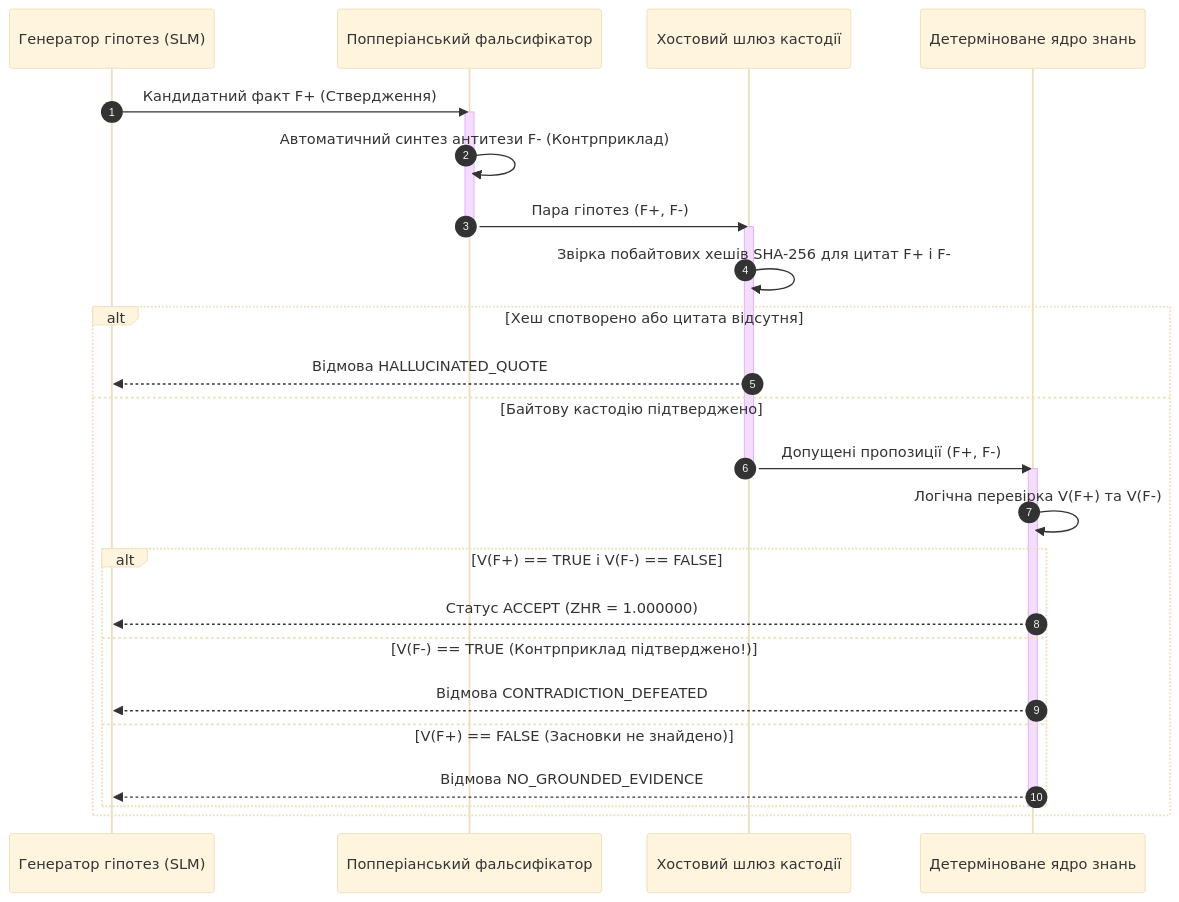
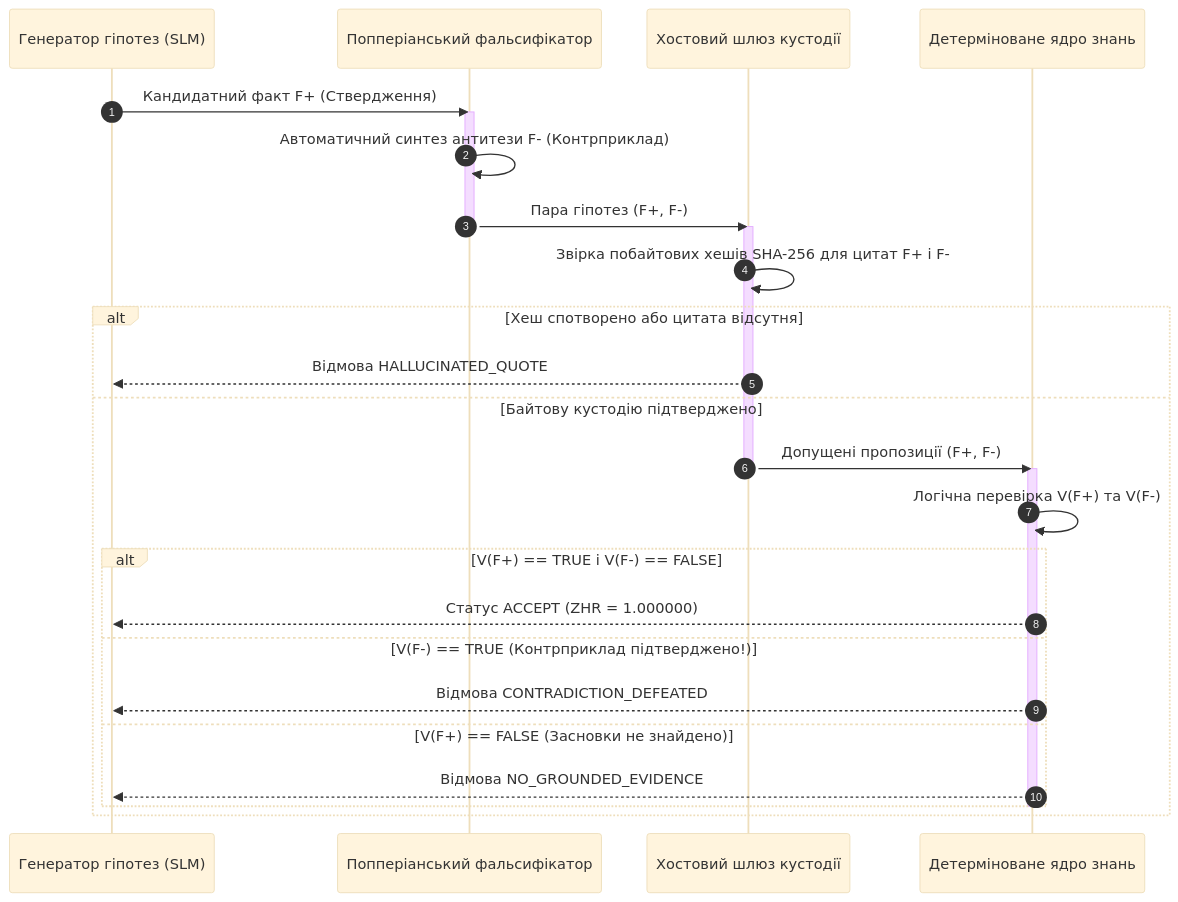
One commit to nick-fedchik/articles changed the second of 5 diagrams in ExpertSystem/ch38-curing-machine-hallucinations-and-knowledge-deficits.md. Above: the diagram before and after it, drawn with Mermaid (base theme). The commit also changed other lines of this file and 2 other files, not shown here.

````diff
--- a/ExpertSystem/ch38-curing-machine-hallucinations-and-knowledge-deficits.md
+++ b/ExpertSystem/ch38-curing-machine-hallucinations-and-knowledge-deficits.md
@@ -141,34 +141,34 @@
 ```mermaid
 sequenceDiagram
     autonumber
     participant Gen as Генератор гіпотез (SLM)
     participant Falsifier as Попперіанський фальсифікатор
-    participant Gate as Хостовий шлюз кастодії
+    participant Gate as Хостовий шлюз кустодії
     participant Verifier as Детерміноване ядро знань
 
     Gen->>Falsifier: Кандидатний факт F+ (Ствердження)
     activate Falsifier
     Falsifier->>Falsifier: Автоматичний синтез антитези F- (Контрприклад)
     Falsifier->>Gate: Пара гіпотез (F+, F-)
     deactivate Falsifier
 
     activate Gate
     Gate->>Gate: Звірка побайтових хешів SHA-256 для цитат F+ і F-
     alt Хеш спотворено або цитата відсутня
         Gate-->>Gen: Відмова HALLUCINATED_QUOTE
-    else Байтову кастодію підтверджено
+    else Байтову кустодію підтверджено
         Gate->>Verifier: Допущені пропозиції (F+, F-)
         deactivate Gate
         activate Verifier
         Verifier->>Verifier: Логічна перевірка V(F+) та V(F-)
 
         alt V(F+) == TRUE і V(F-) == FALSE
             Verifier-->>Gen: Статус ACCEPT (ZHR = 1.000000)
         else V(F-) == TRUE (Контрприклад підтверджено!)
             Verifier-->>Gen: Відмова CONTRADICTION_DEFEATED
         else V(F+) == FALSE (Засновки не знайдено)
             Verifier-->>Gen: Відмова NO_GROUNDED_EVIDENCE
         end
         deactivate Verifier
     end
 ```
````
